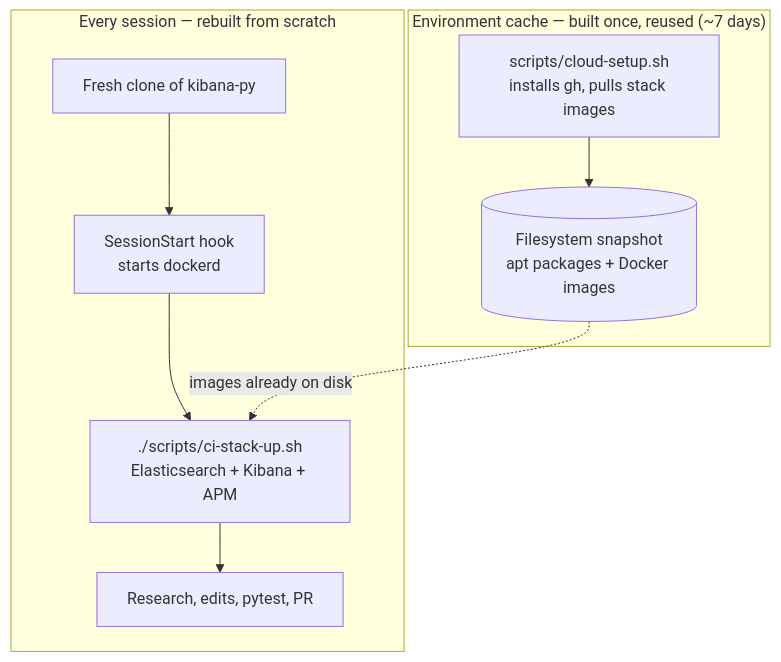
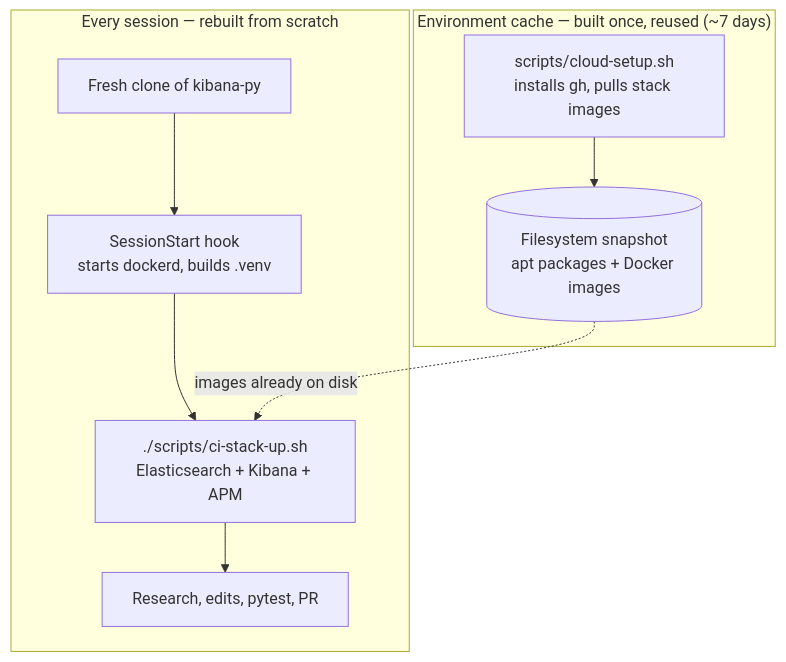
The diagram in docs/source/development/cloud-environment.md (pedro-angel/kibana-py), drawn with Mermaid before and after one commit. The commit also changed other lines of this file and 5 other files, not shown here.

````diff
--- a/docs/source/development/cloud-environment.md
+++ b/docs/source/development/cloud-environment.md
@@ -33,16 +33,16 @@
 ```{mermaid}
 flowchart TB
     subgraph cache["Environment cache — built once, reused (~7 days)"]
         setup["scripts/cloud-setup.sh<br/>installs gh, pulls stack images"]
         snap[("Filesystem snapshot<br/>apt packages + Docker images")]
         setup --> snap
     end
     subgraph session["Every session — rebuilt from scratch"]
         clone["Fresh clone of kibana-py"]
-        hook["SessionStart hook<br/>starts dockerd"]
+        hook["SessionStart hook<br/>starts dockerd, builds .venv"]
         up["./scripts/ci-stack-up.sh<br/>Elasticsearch + Kibana + APM"]
         work["Research, edits, pytest, PR"]
         clone --> hook --> up --> work
     end
     snap -.->|"images already on disk"| up
 ```
````
